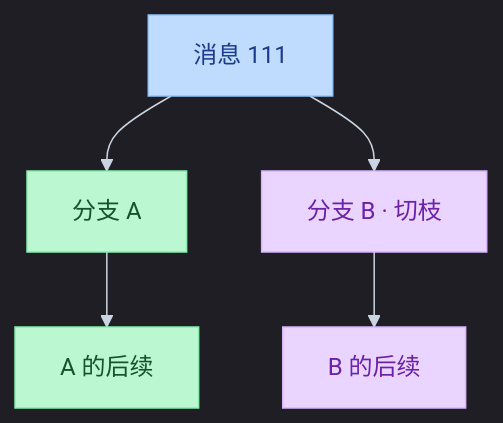
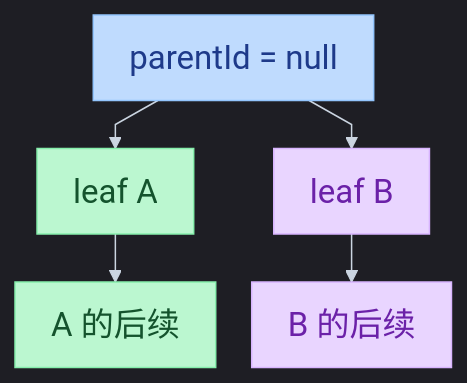
The second of 4 diagrams in 13-pi-agent/04-sessions.md (juliepy/AI-Engineer-from-scrach), drawn with Mermaid before and after one commit. The commit also changed other lines of this file and 4 other files, not shown here.

Commit message:
Rewrite Pi sessions through Interactive notes around source call traces and three-layer diagrams.

````diff
--- a/13-pi-agent/04-sessions.md
+++ b/13-pi-agent/04-sessions.md
@@ -90,20 +84,16 @@
 ```mermaid
-%%{init: {"theme": "dark", "themeVariables": {"fontSize": "16px", "background": "#000000", "lineColor": "#CBD5E1", "edgeLabelBackground": "#111111"}}}%%
+%%{init: {"theme": "dark", "flowchart": {"curve": "linear", "rankSpacing": 32, "nodeSpacing": 24, "padding": 12, "useMaxWidth": false, "htmlLabels": true}, "themeVariables": {"fontSize": "22px", "background": "#000000", "lineColor": "#CBD5E1", "edgeLabelBackground": "#111111"}, "themeCSS": ".nodeLabel,.label,span{font-size:22px!important}"}}%%
 flowchart TB
-    P["消息 111"]
-    A["分支 A"]
-    B["分支 B · 切枝"]
-    A2["A 的后续"]
-    B2["B 的后续"]
+    P["parentId = null"] --> A["leaf A"]
+    P --> B["leaf B"]
+    A --> A2["A 的后续"]
+    B --> B2["B 的后续"]
 
-    P --> A --> A2
-    P --> B --> B2
+    classDef start fill:#BFDBFE,stroke:#93C5FD,color:#1E3A8A,font-size:22px
+    classDef ok fill:#BBF7D0,stroke:#86EFAC,color:#14532D,font-size:22px
+    classDef prod fill:#E9D5FF,stroke:#D8B4FE,color:#6B21A8,font-size:22px
 
-    classDef p fill:#BFDBFE,stroke:#93C5FD,color:#1E3A8A
-    classDef a fill:#BBF7D0,stroke:#86EFAC,color:#14532D
-    classDef b fill:#E9D5FF,stroke:#D8B4FE,color:#6B21A8
-
-    class P p
-    class A,A2 a
-    class B,B2 b
+    class P start
+    class A,A2 ok
+    class B,B2 prod
 ```
````
